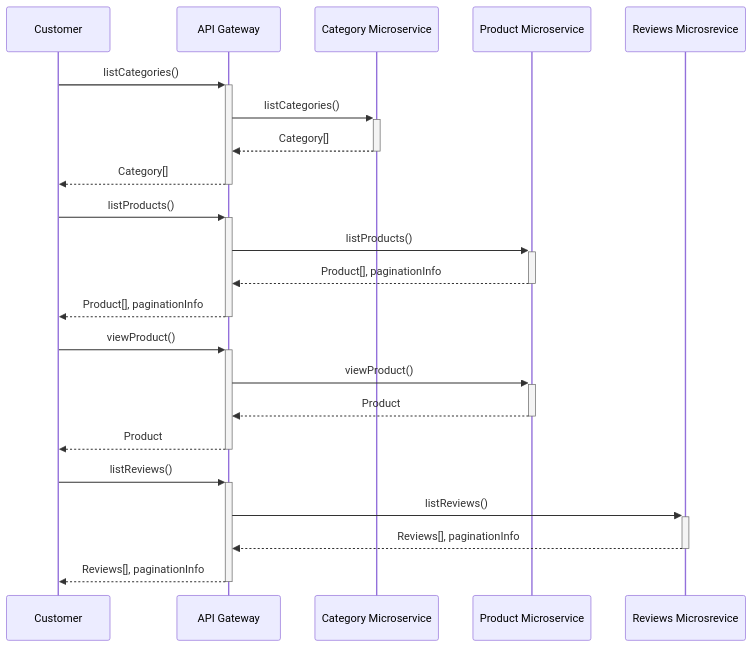
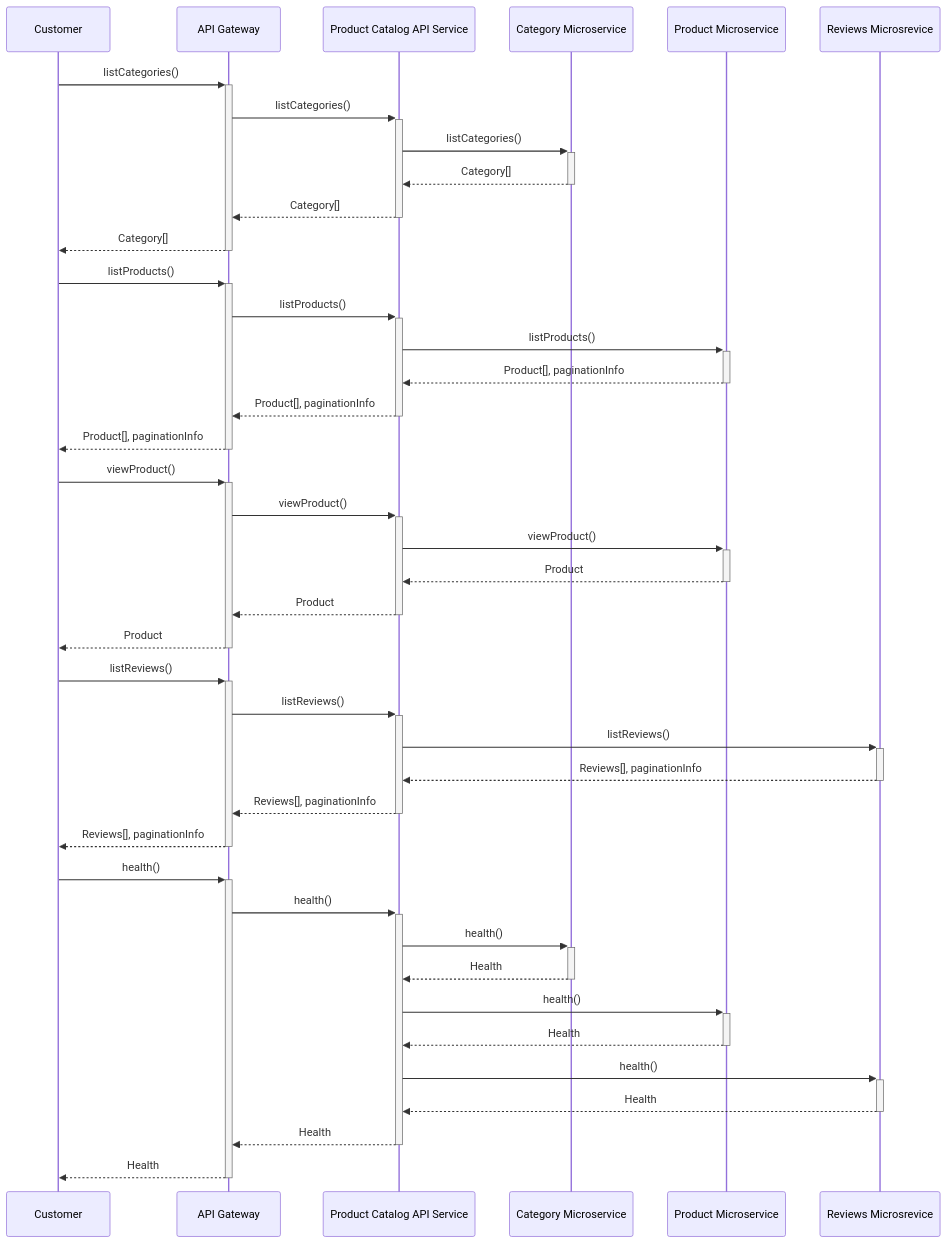
The fifth of 5 diagrams in requirements/model.md (ikenna/AcmePetSupplies), drawn with Mermaid before and after one commit.

Commit message:
Updating API sequence diagram with health

````diff
--- a/requirements/model.md
+++ b/requirements/model.md
@@ -64,23 +64,41 @@
 ```mermaid
 sequenceDiagram
     Customer ->>+ API Gateway: listCategories()
-    API Gateway ->>+ Category Microservice : listCategories()
-    Category Microservice -->>- API Gateway :  Category[]
+    API Gateway ->>+ Product Catalog API Service : listCategories()
+    Product Catalog API Service ->>+ Category Microservice: listCategories()
+    Category Microservice -->>- Product Catalog API Service :  Category[]
+    Product Catalog API Service -->>- API Gateway:  Category[]
     API Gateway -->>- Customer:  Category[]
 
     Customer ->>+ API Gateway: listProducts()
-    API Gateway ->>+ Product Microservice: listProducts()
-    Product Microservice -->>- API Gateway  :  Product[], paginationInfo
+    API Gateway ->>+ Product Catalog API Service: listProducts()
+    Product Catalog API Service ->>+ Product Microservice: listProducts()
+    Product Microservice -->>- Product Catalog API Service :  Product[], paginationInfo
+    Product Catalog API Service -->>- API Gateway :  Product[], paginationInfo
     API Gateway -->>- Customer:  Product[], paginationInfo
 
     Customer ->>+ API Gateway: viewProduct()
-    API Gateway ->>+ Product Microservice: viewProduct()
-    Product Microservice -->>- API Gateway:  Product
+    API Gateway ->>+ Product Catalog API Service: viewProduct()
+    Product Catalog API Service ->>+ Product Microservice: viewProduct()
+    Product Microservice -->>- Product Catalog API Service:  Product
+    Product Catalog API Service -->>- API Gateway:  Product
     API Gateway -->>- Customer:  Product
 
     Customer ->>+ API Gateway: listReviews()
-    API Gateway ->>+ Reviews Microsrevice: listReviews()
-    Reviews Microsrevice -->>- API Gateway: Reviews[], paginationInfo
+    API Gateway ->>+ Product Catalog API Service: listReviews()
+    Product Catalog API Service ->>+ Reviews Microsrevice: listReviews()
+    Reviews Microsrevice -->>- Product Catalog API Service: Reviews[], paginationInfo
+    Product Catalog API Service -->>- API Gateway:  Reviews[], paginationInfo
     API Gateway -->>- Customer:  Reviews[], paginationInfo
 
+    Customer ->>+ API Gateway: health()
+    API Gateway ->>+ Product Catalog API Service: health()
+    Product Catalog API Service ->>+ Category Microservice: health()
+    Category Microservice -->>- Product Catalog API Service: Health
+    Product Catalog API Service ->>+ Product Microservice: health()
+    Product Microservice -->>- Product Catalog API Service: Health
+    Product Catalog API Service ->>+ Reviews Microsrevice: health()
+    Reviews Microsrevice -->>- Product Catalog API Service: Health
+    Product Catalog API Service -->>- API Gateway:  Health
+    API Gateway -->>- Customer:  Health
 ```
````
